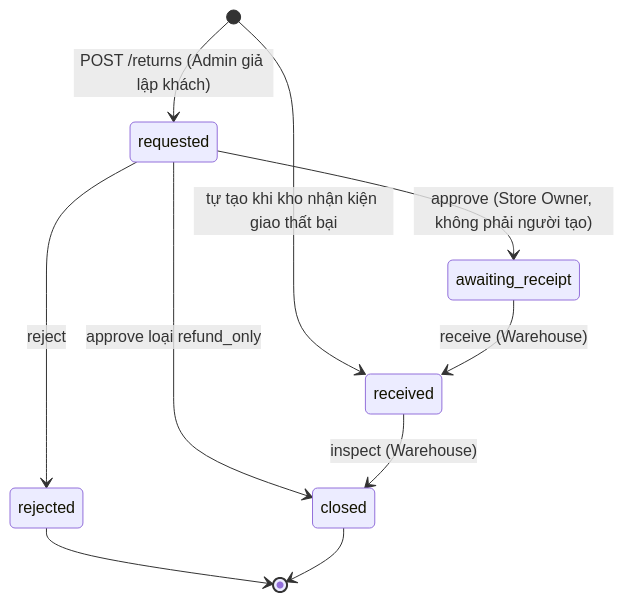
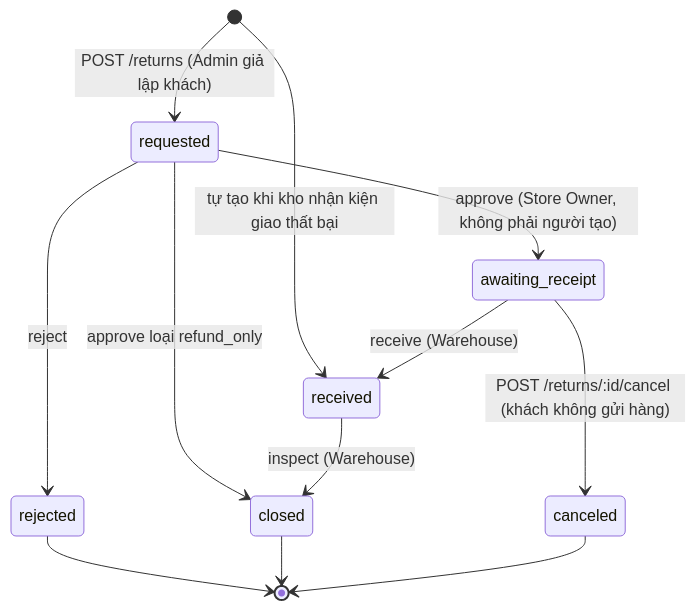
One commit to ThuaanNguyeen111/OptiPackAI changed the eighth of 8 diagrams in GUIDE_DOC/BE_SPEC/06_LUONG_NGHIEP_VU.md. Above: the diagram before and after it, drawn with Mermaid. The commit also changed other lines of this file and 14 other files, not shown here.

Commit message:
docs(AOFP-81): regenerate be spec, erd and fe update checklist from current code

````diff
--- a/GUIDE_DOC/BE_SPEC/06_LUONG_NGHIEP_VU.md
+++ b/GUIDE_DOC/BE_SPEC/06_LUONG_NGHIEP_VU.md
@@ -211,12 +288,14 @@
 ```mermaid
 stateDiagram-v2
     [*] --> requested: POST /returns (Admin giả lập khách)
     [*] --> received: tự tạo khi kho nhận kiện giao thất bại
     requested --> awaiting_receipt: approve (Store Owner, không phải người tạo)
     requested --> rejected: reject
     requested --> closed: approve loại refund_only
+    awaiting_receipt --> canceled: POST /returns/:id/cancel (khách không gửi hàng)
     awaiting_receipt --> received: receive (Warehouse)
     received --> closed: inspect (Warehouse)
     rejected --> [*]
     closed --> [*]
+    canceled --> [*]
 ```
````
